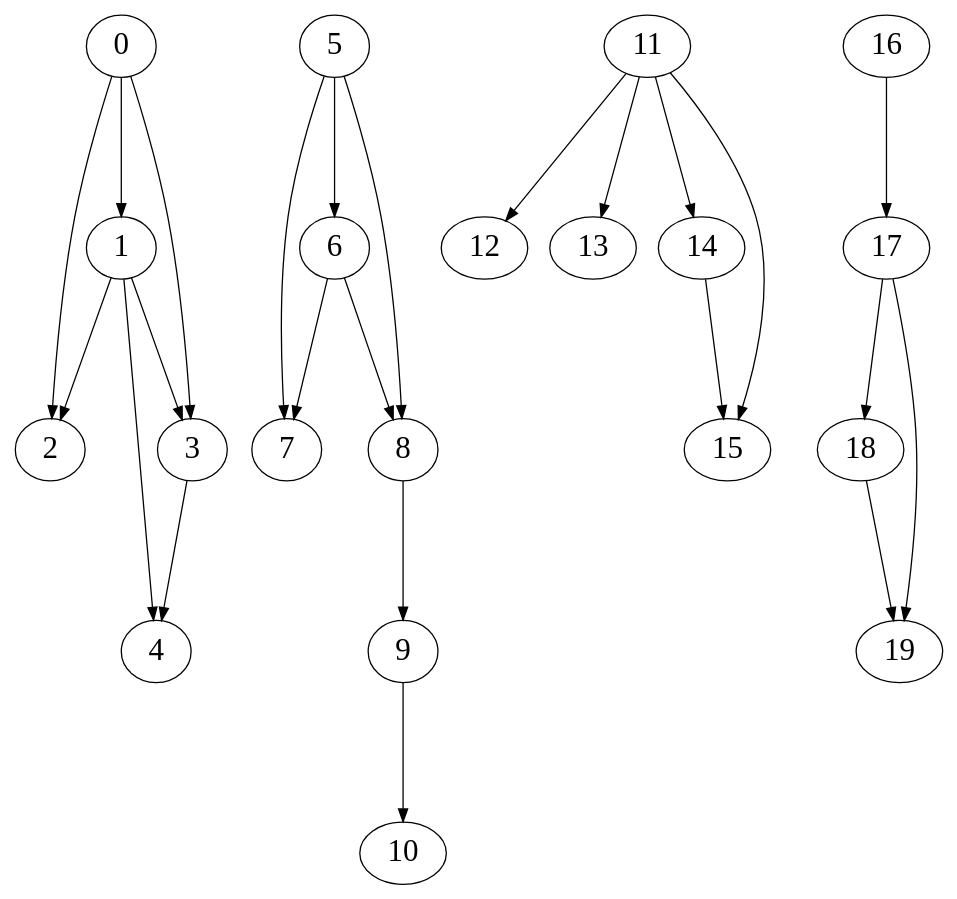
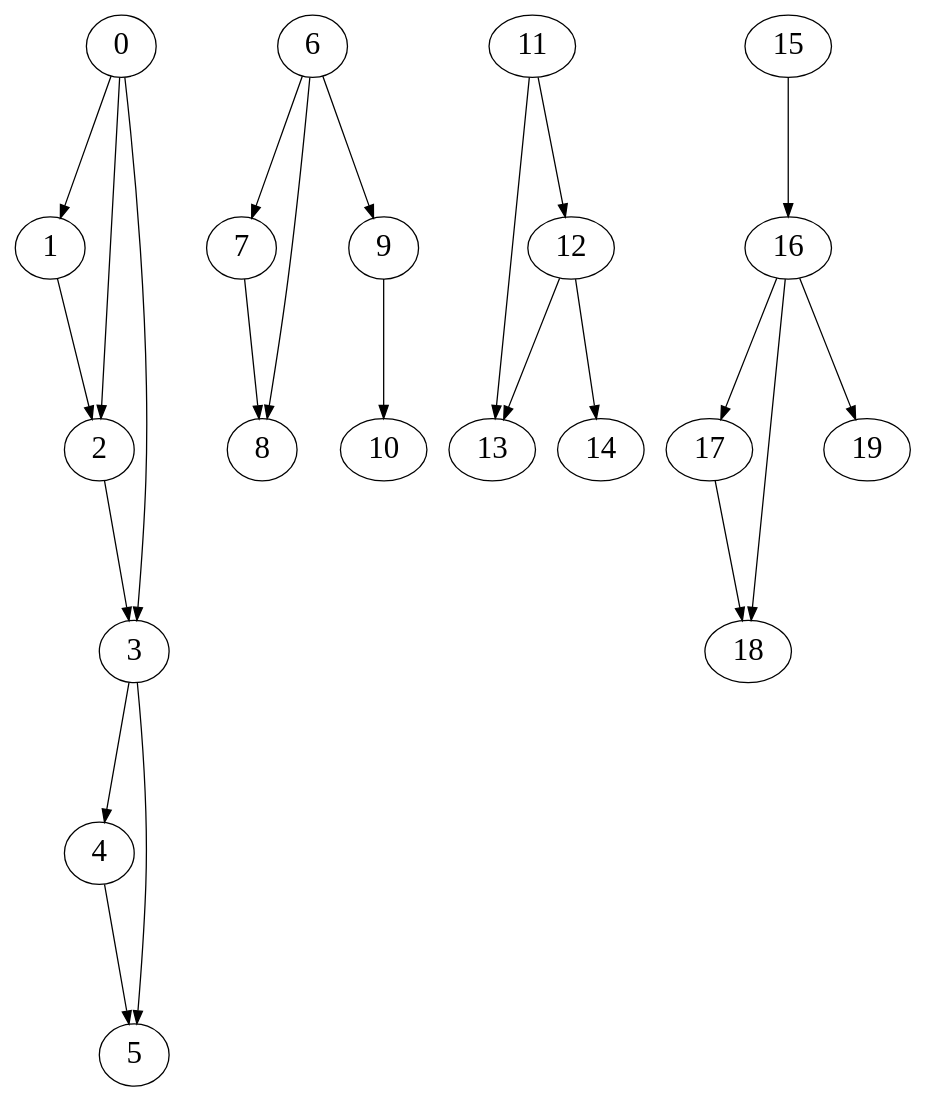
The diagram in SimulatedAnnealing/forGraph.dot (CatherineFish/CPPPrac2021), drawn with Graphviz before and after one commit. The commit also changed 5 other files, not shown here.

```diff
--- a/SimulatedAnnealing/forGraph.dot
+++ b/SimulatedAnnealing/forGraph.dot
@@ -1,27 +1,27 @@
 digraph G {
     graph [fontsize=24]
     edge [fontsize=24]
     node [fontsize=24]
     ranksep = 1.5
     nodesep = .25
     0 -> { 1 2 3 };
-    1 -> { 2 3 4 };
-    2 -> { };
-    3 -> { 4 };
-    4 -> { };
-    5 -> { 6 7 8 };
-    6 -> { 7 8 };
-    7 -> { };
-    8 -> { 9 };
+    1 -> { 2 };
+    2 -> { 3 };
+    3 -> { 4 5 };
+    4 -> { 5 };
+    5 -> { };
+    6 -> { 7 8 9 };
+    7 -> { 8 };
+    8 -> { };
     9 -> { 10 };
     10 -> { };
-    11 -> { 12 13 14 15 };
-    12 -> { };
+    11 -> { 12 13 };
+    12 -> { 13 14 };
     13 -> { };
-    14 -> { 15 };
-    15 -> { };
-    16 -> { 17 };
-    17 -> { 18 19 };
-    18 -> { 19 };
+    14 -> { };
+    15 -> { 16 };
+    16 -> { 17 18 19 };
+    17 -> { 18 };
+    18 -> { };
     19 -> { };
 }
```
